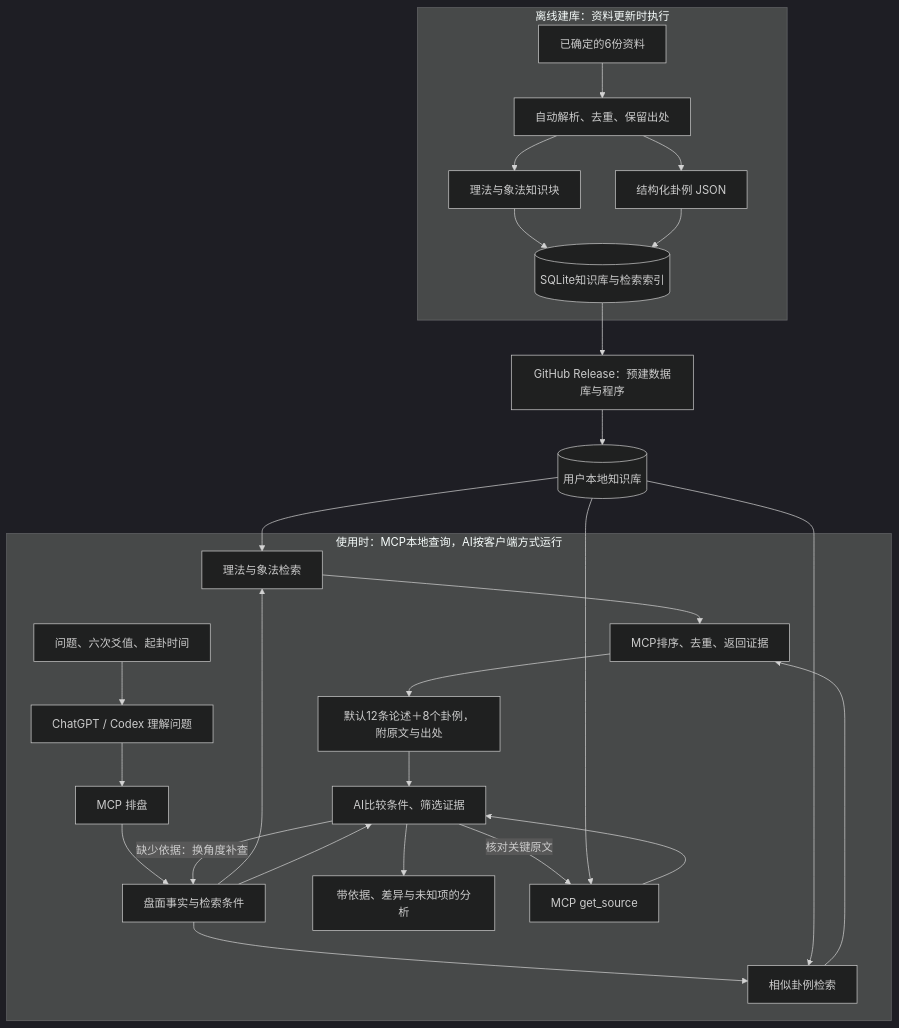
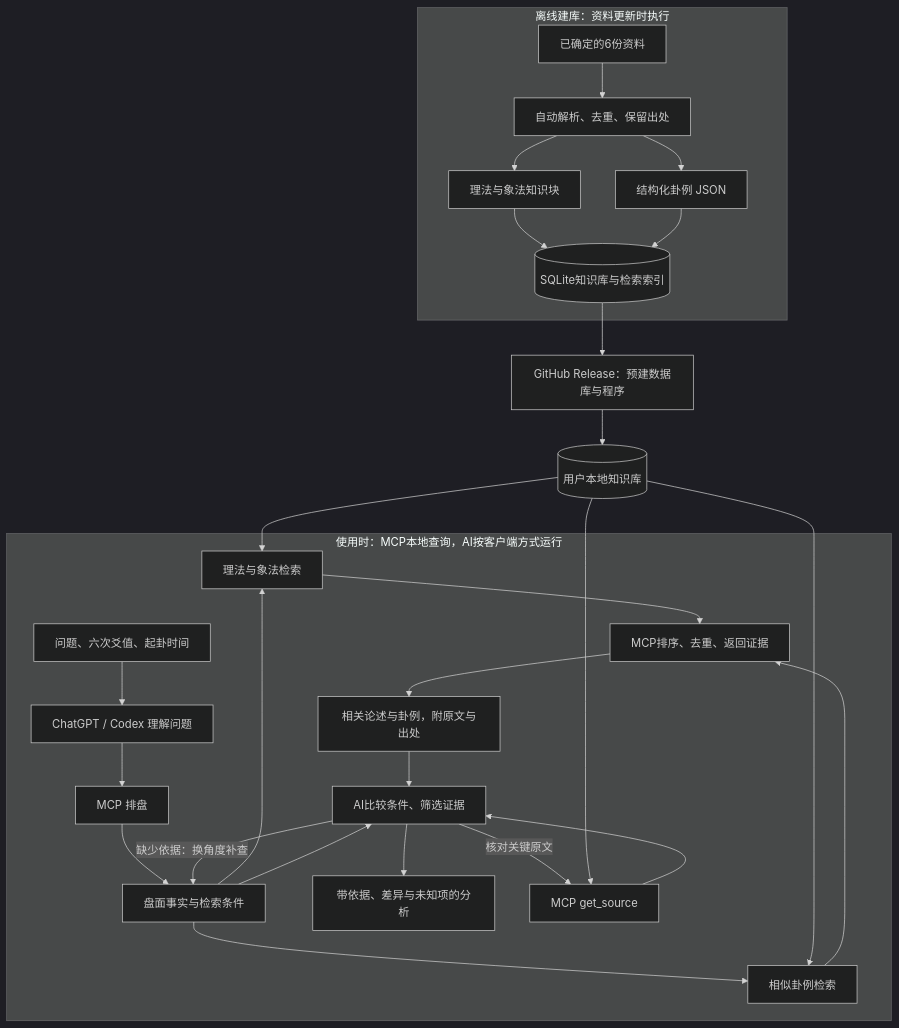
One commit to zhishengyk/liuyao changed the diagram in README.md. Above: the diagram before and after it, drawn with Mermaid (dark theme). The commit also changed other lines of this file and 2 other files, not shown here.

````diff
--- a/README.md
+++ b/README.md
@@ -101,31 +101,31 @@
 ```mermaid
 flowchart TD
     subgraph Build["离线建库：资料更新时执行"]
         Books["已确定的6份资料"] --> Parse["自动解析、去重、保留出处"]
         Parse --> Rules["理法与象法知识块"]
         Parse --> Cases["结构化卦例 JSON"]
         Rules --> DB[("SQLite知识库与检索索引")]
         Cases --> DB
     end
     DB --> Release["GitHub Release：预建数据库与程序"]
     Release --> Local[("用户本地知识库")]
     subgraph Use["使用时：MCP本地查询，AI按客户端方式运行"]
         User["问题、六次爻值、起卦时间"] --> AI["ChatGPT / Codex 理解问题"]
         AI --> Chart["MCP 排盘"]
         Chart --> Facts["盘面事实与检索条件"]
         Facts --> RuleSearch["理法与象法检索"]
         Facts --> CaseSearch["相似卦例检索"]
         RuleSearch --> Merge["MCP排序、去重、返回证据"]
         CaseSearch --> Merge
-        Merge --> Evidence["默认12条论述＋8个卦例，附原文与出处"]
+        Merge --> Evidence["相关论述与卦例，附原文与出处"]
         Evidence --> Review["AI比较条件、筛选证据"]
         Facts --> Review
         Review --> Answer["带依据、差异与未知项的分析"]
         Review -->|"缺少依据：换角度补查"| Facts
         Review -->|"核对关键原文"| Source["MCP get_source"]
         Source --> Review
     end
     Local --> RuleSearch
     Local --> CaseSearch
     Local --> Source
 ```
````
